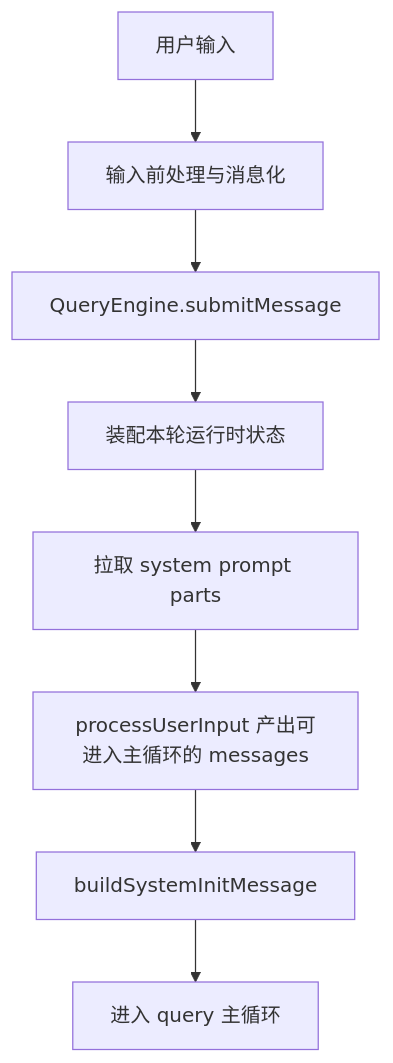
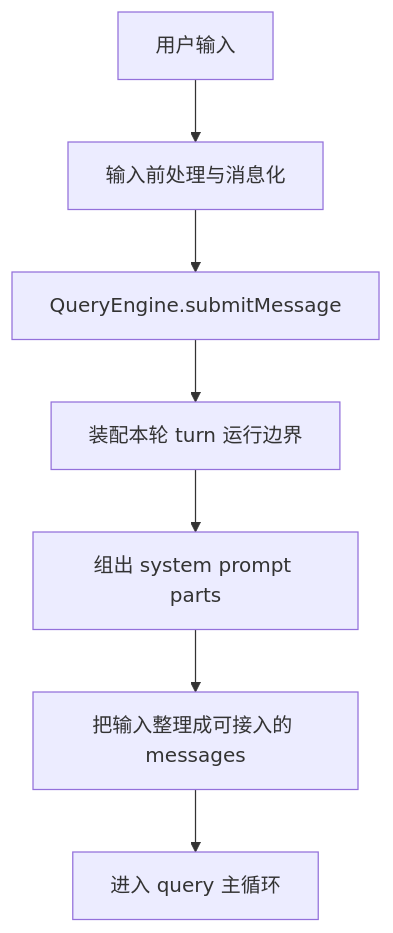
The diagram in docs/guidebookv2/volume-2/03-how-a-request-enters-queryengine.md (T0UGH/claude-code-source-guide), drawn with Mermaid before and after one commit. The commit also changed other lines of this file and 6 other files, not shown here.

````diff
--- a/docs/guidebookv2/volume-2/03-how-a-request-enters-queryengine.md
+++ b/docs/guidebookv2/volume-2/03-how-a-request-enters-queryengine.md
@@ -48,10 +48,9 @@
 ```mermaid
 flowchart TD
     A[用户输入] --> B[输入前处理与消息化]
     B --> C[QueryEngine.submitMessage]
-    C --> D[装配本轮运行时状态]
-    D --> E[拉取 system prompt parts]
-    E --> F[processUserInput 产出可进入主循环的 messages]
-    F --> G[buildSystemInitMessage]
-    G --> H[进入 query 主循环]
+    C --> D[装配本轮 turn 运行边界]
+    D --> E[组出 system prompt parts]
+    E --> F[把输入整理成可接入的 messages]
+    F --> G[进入 query 主循环]
 ```
````
